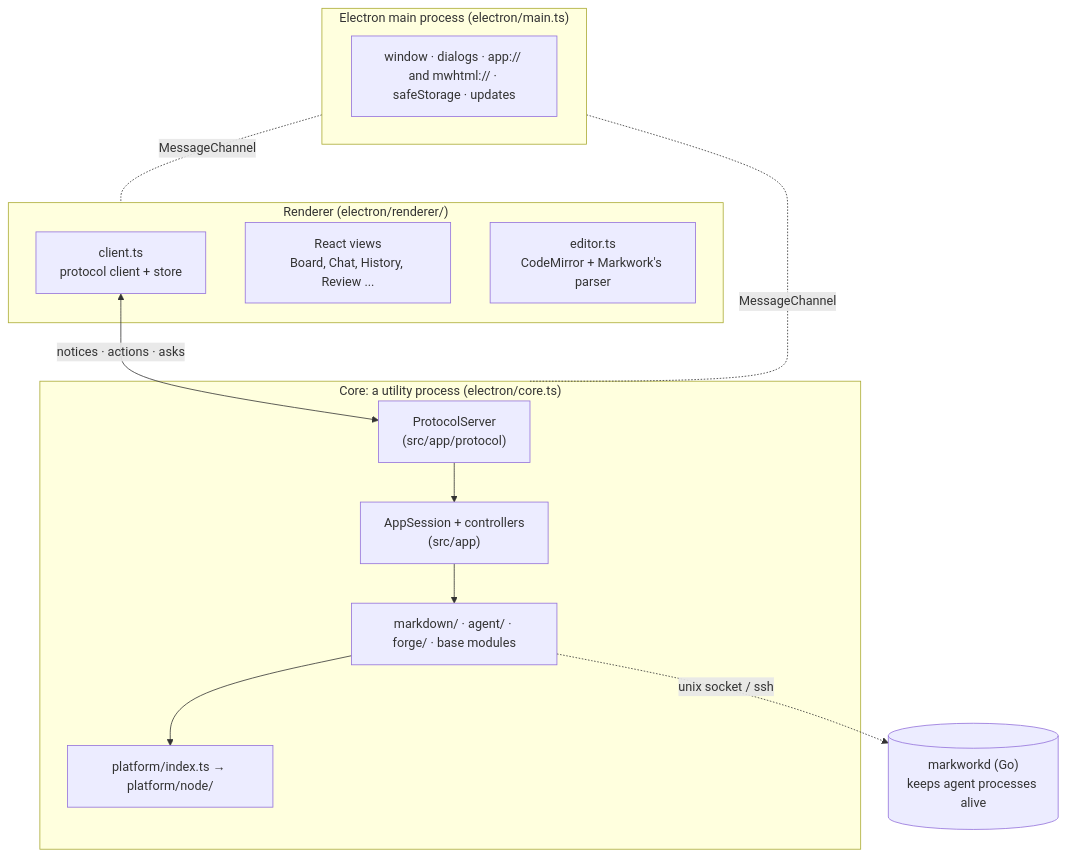
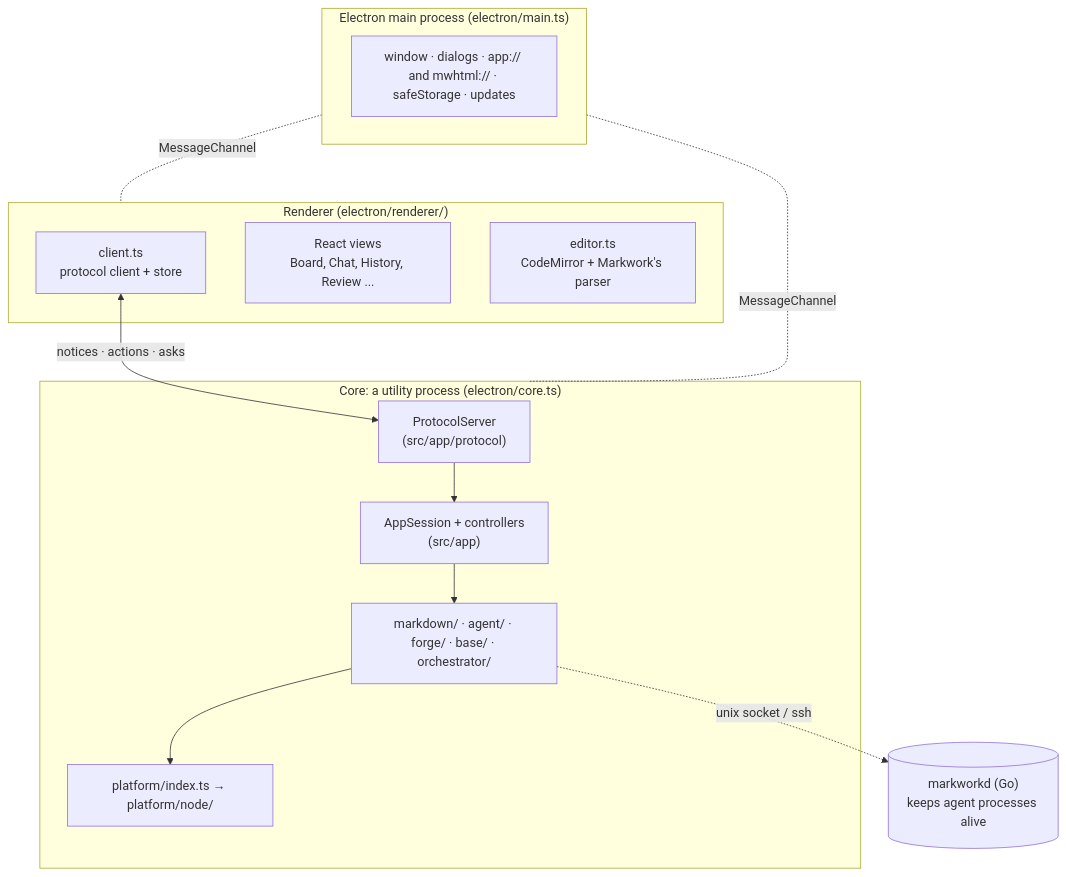
Before and after one commit to EkaPutCom/markwork: the first of 16 diagrams in docs/ONBOARDING.md, drawn with Mermaid. The commit also changed other lines of this file and 102 other files, not shown here.

First line of the commit message:
refactor: base/ and orchestrator/ folders in src/

````diff
--- a/docs/ONBOARDING.md
+++ b/docs/ONBOARDING.md
@@ -41,27 +41,27 @@
 ```mermaid
 flowchart TB
     subgraph EL["Electron main process (electron/main.ts)"]
         MAIN["window · dialogs · app:// and mwhtml:// · safeStorage · updates"]
     end
 
     subgraph R["Renderer (electron/renderer/)"]
         CL["client.ts<br/>protocol client + store"]
         V["React views<br/>Board, Chat, History, Review ..."]
         ED["editor.ts<br/>CodeMirror + Markwork's parser"]
     end
 
     subgraph CP["Core: a utility process (electron/core.ts)"]
         PS["ProtocolServer<br/>(src/app/protocol)"]
         S["AppSession + controllers<br/>(src/app)"]
-        CORE["markdown/ · agent/ · forge/ · base modules"]
+        CORE["markdown/ · agent/ · forge/ · base/ · orchestrator/"]
         PORT["platform/index.ts → platform/node/"]
     end
 
     DAEMON[("markworkd (Go)<br/>keeps agent processes alive")]
 
     EL -.MessageChannel.- R
     EL -.MessageChannel.- CP
     CL <-->|"notices · actions · asks"| PS
     PS --> S --> CORE --> PORT
     CORE -.unix socket / ssh.-> DAEMON
 ```
````
